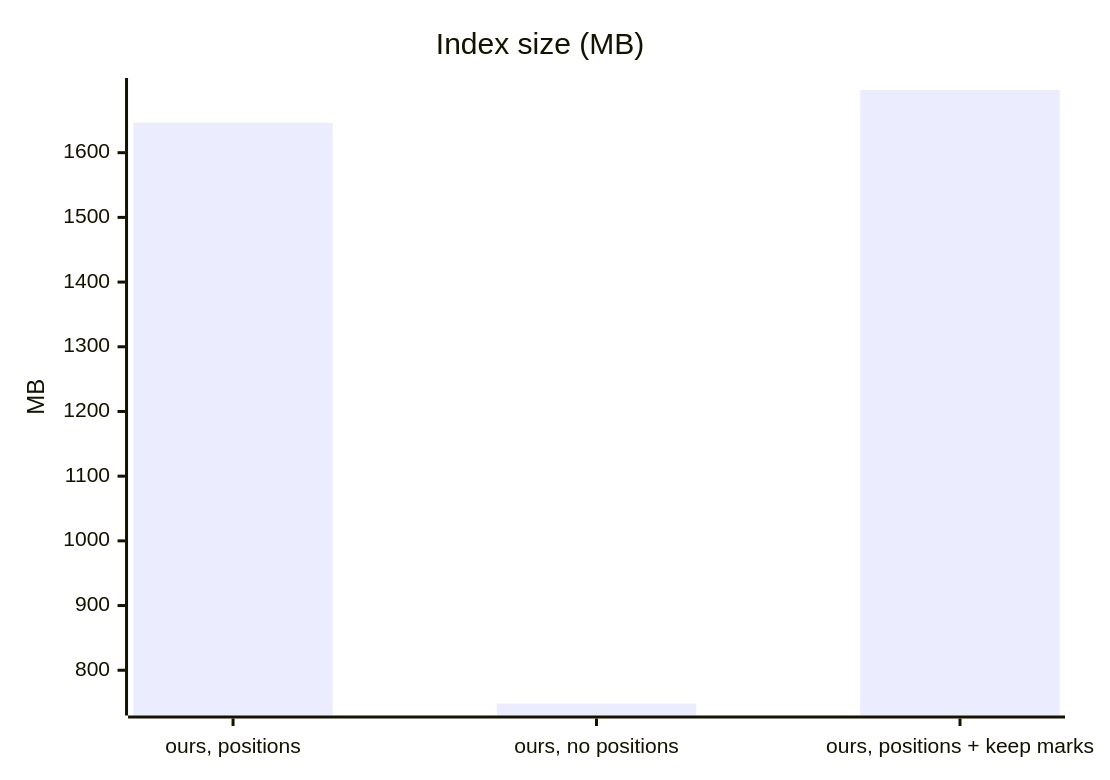
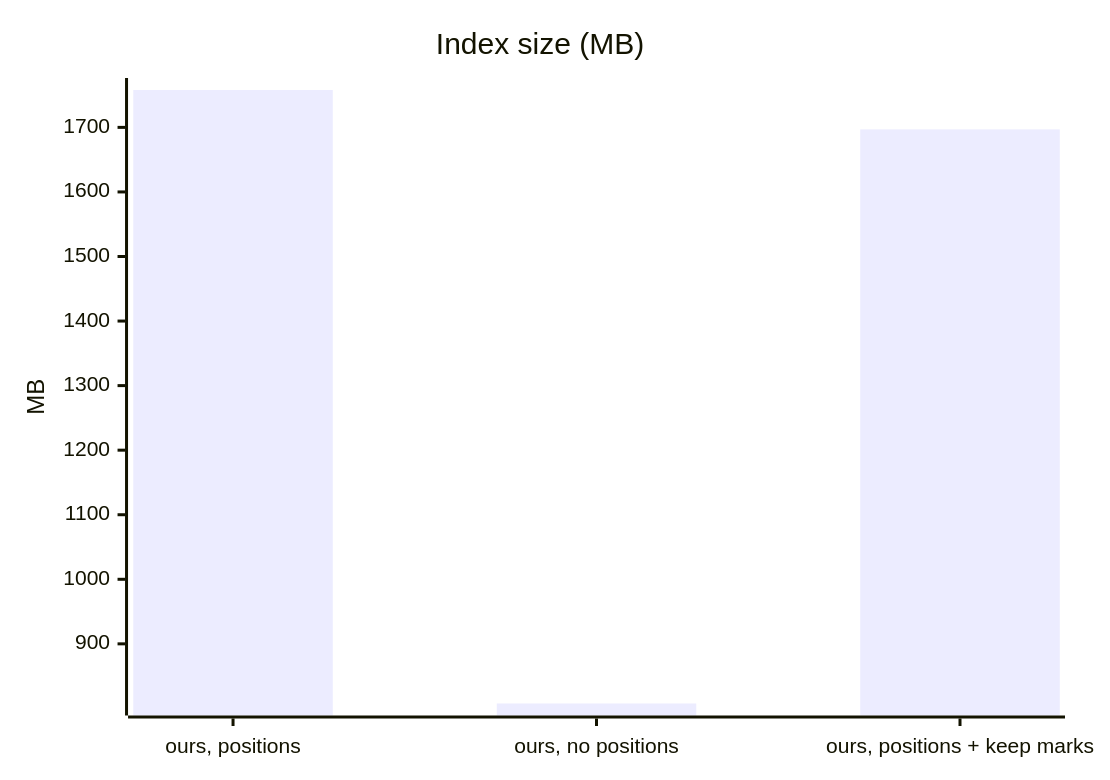
The second of 11 diagrams in FTS-SPECS-AND-COMPARISONS.md (KleiKodesh/SeforimLibrarySearchEngine), drawn with Mermaid before and after one commit. The commit also changed other lines of this file and 22 other files, not shown here.

````diff
--- a/FTS-SPECS-AND-COMPARISONS.md
+++ b/FTS-SPECS-AND-COMPARISONS.md
@@ -88,7 +92,7 @@
 ```mermaid
 xychart-beta
     title "Index size (MB)"
     x-axis ["ours, positions", "ours, no positions", "ours, positions + keep marks"]
     y-axis "MB"
-    bar [1646.10, 748.60, 1696.90]
+    bar [1757.90, 807.60, 1696.90]
 ```
````
